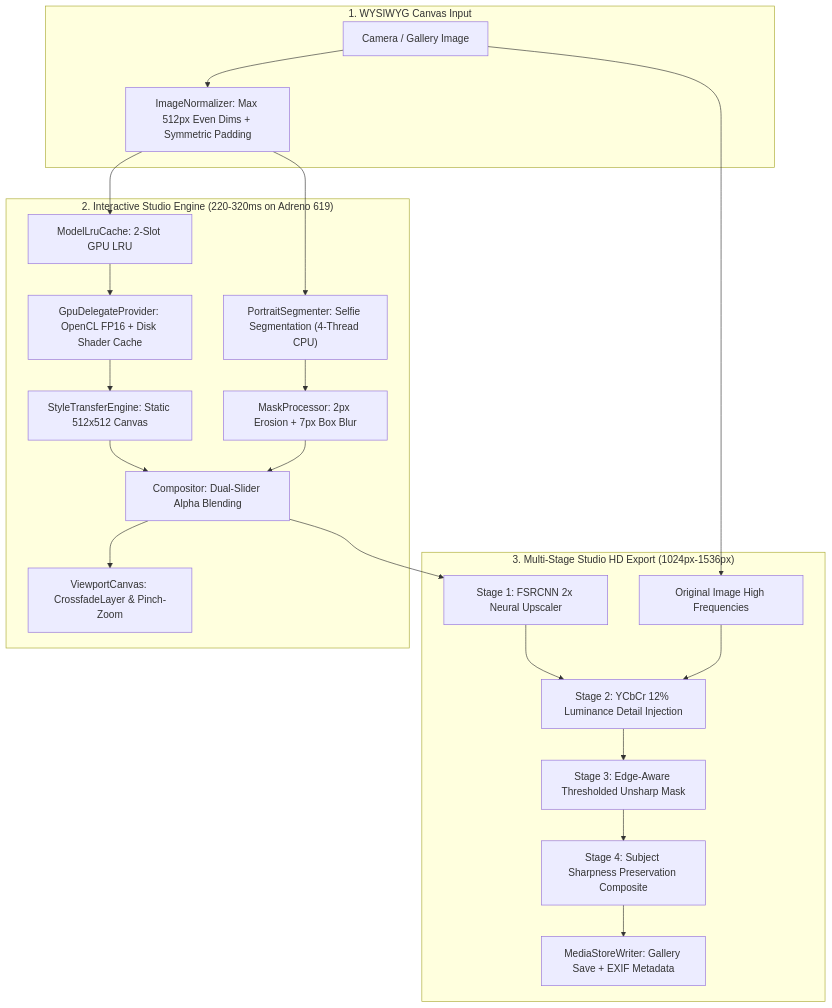
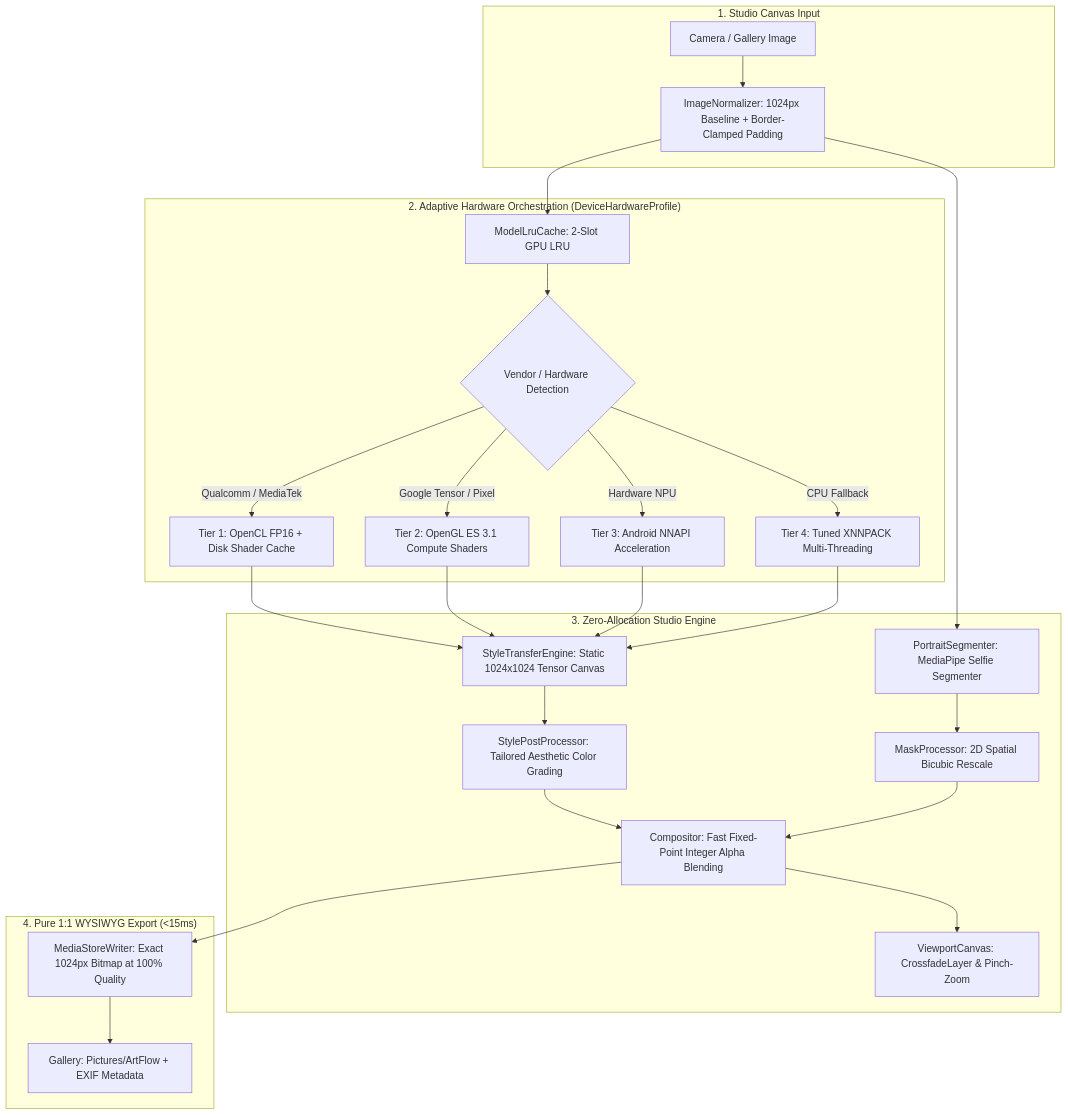
The diagram in README.md (Sadik00789/Artflow-Android), drawn with Mermaid before and after one commit. The commit also changed other lines of this file and 1 other file, not shown here.

Commit message:
docs: update UI strings and README to universal 1024px studio canvas

````diff
--- a/README.md
+++ b/README.md
@@ -34,27 +36,30 @@
 ```mermaid
 flowchart TD
-    subgraph InputStage ["1. WYSIWYG Canvas Input"]
-        A["Camera / Gallery Image"] --> B["ImageNormalizer: Max 512px Even Dims + Symmetric Padding"]
+    subgraph InputStage ["1. Studio Canvas Input"]
+        A["Camera / Gallery Image"] --> B["ImageNormalizer: 1024px Baseline + Border-Clamped Padding"]
     end
 
-    subgraph StudioEngine ["2. Interactive Studio Engine (220-320ms on Adreno 619)"]
+    subgraph HardwareStage ["2. Adaptive Hardware Orchestration (DeviceHardwareProfile)"]
         B --> C["ModelLruCache: 2-Slot GPU LRU"]
-        C --> D["GpuDelegateProvider: OpenCL FP16 + Disk Shader Cache"]
-        D --> E["StyleTransferEngine: Static 512x512 Canvas"]
-        B --> F["PortraitSegmenter: Selfie Segmentation (4-Thread CPU)"]
-        F --> G["MaskProcessor: 2px Erosion + 7px Box Blur"]
-        E --> H["Compositor: Dual-Slider Alpha Blending"]
-        G --> H
-        H --> I["ViewportCanvas: CrossfadeLayer & Pinch-Zoom"]
+        C --> D{"Vendor / Hardware Detection"}
+        D -->|"Qualcomm / MediaTek"| E["Tier 1: OpenCL FP16 + Disk Shader Cache"]
+        D -->|"Google Tensor / Pixel"| F["Tier 2: OpenGL ES 3.1 Compute Shaders"]
+        D -->|"Hardware NPU"| G["Tier 3: Android NNAPI Acceleration"]
+        D -->|"CPU Fallback"| H["Tier 4: Tuned XNNPACK Multi-Threading"]
     end
 
-    subgraph ExportStage ["3. Multi-Stage Studio HD Export (1024px-1536px)"]
-        H --> J["Stage 1: FSRCNN 2x Neural Upscaler"]
-        A --> K["Original Image High Frequencies"]
-        J --> L["Stage 2: YCbCr 12% Luminance Detail Injection"]
-        K --> L
-        L --> M["Stage 3: Edge-Aware Thresholded Unsharp Mask"]
-        M --> N["Stage 4: Subject Sharpness Preservation Composite"]
-        N --> O["MediaStoreWriter: Gallery Save + EXIF Metadata"]
+    subgraph StudioEngine ["3. Zero-Allocation Studio Engine"]
+        E & F & G & H --> I["StyleTransferEngine: Static 1024x1024 Tensor Canvas"]
+        B --> J["PortraitSegmenter: MediaPipe Selfie Segmenter"]
+        J --> K["MaskProcessor: 2D Spatial Bicubic Rescale"]
+        I --> L["StylePostProcessor: Tailored Aesthetic Color Grading"]
+        L --> M["Compositor: Fast Fixed-Point Integer Alpha Blending"]
+        K --> M
+        M --> N["ViewportCanvas: CrossfadeLayer & Pinch-Zoom"]
+    end
+
+    subgraph ExportStage ["4. Pure 1:1 WYSIWYG Export (<15ms)"]
+        M --> O["MediaStoreWriter: Exact 1024px Bitmap at 100% Quality"]
+        O --> P["Gallery: Pictures/ArtFlow + EXIF Metadata"]
     end
 ```
````
